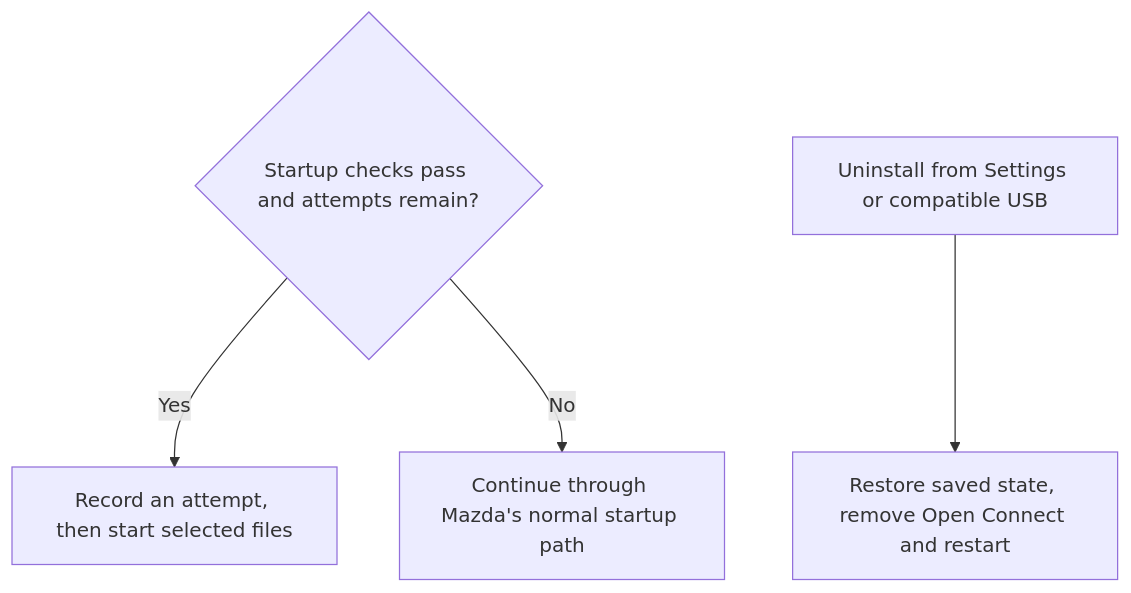
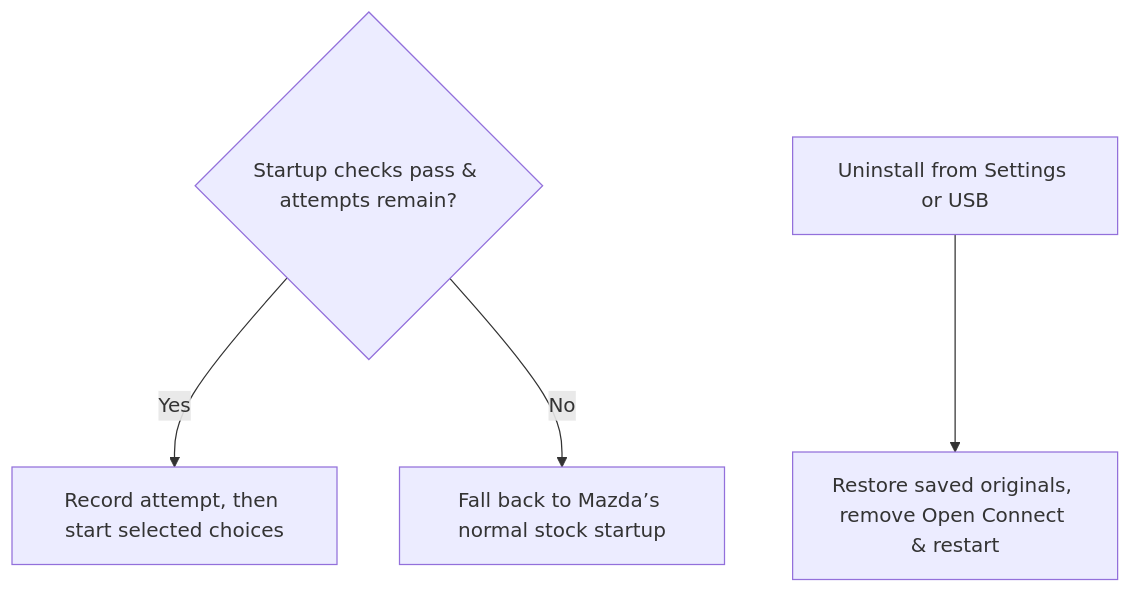
The second of 3 diagrams in docs/how-it-works.md (aeharding/open-connect), drawn with Mermaid before and after one commit. The commit also changed other lines of this file and 18 other files, not shown here.

````diff
--- a/docs/how-it-works.md
+++ b/docs/how-it-works.md
@@ -24,6 +20,6 @@
 ```mermaid
 flowchart TD
-    safe{"Startup checks pass and attempts remain?"} -->|Yes| selected["Record an attempt, then start selected files"]
-    safe -->|No| stock["Continue through Mazda's normal startup path"]
-    uninstall["Uninstall from Settings or compatible USB"] --> restore["Restore saved state, remove Open Connect and restart"]
+    safe{"Startup checks pass & attempts remain?"} -->|Yes| selected["Record attempt, then start selected choices"]
+    safe -->|No| stock["Fall back to Mazda’s normal stock startup"]
+    uninstall["Uninstall from Settings or USB"] --> restore["Restore saved originals, remove Open Connect & restart"]
 ```
````
